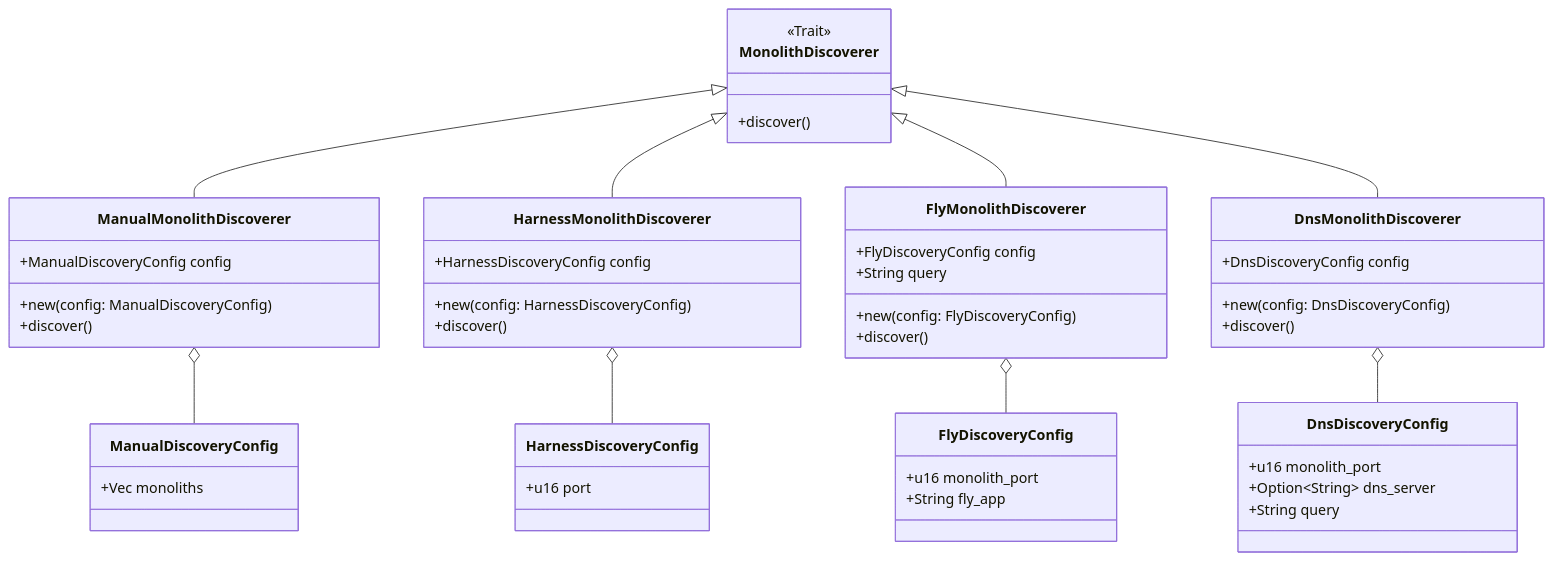
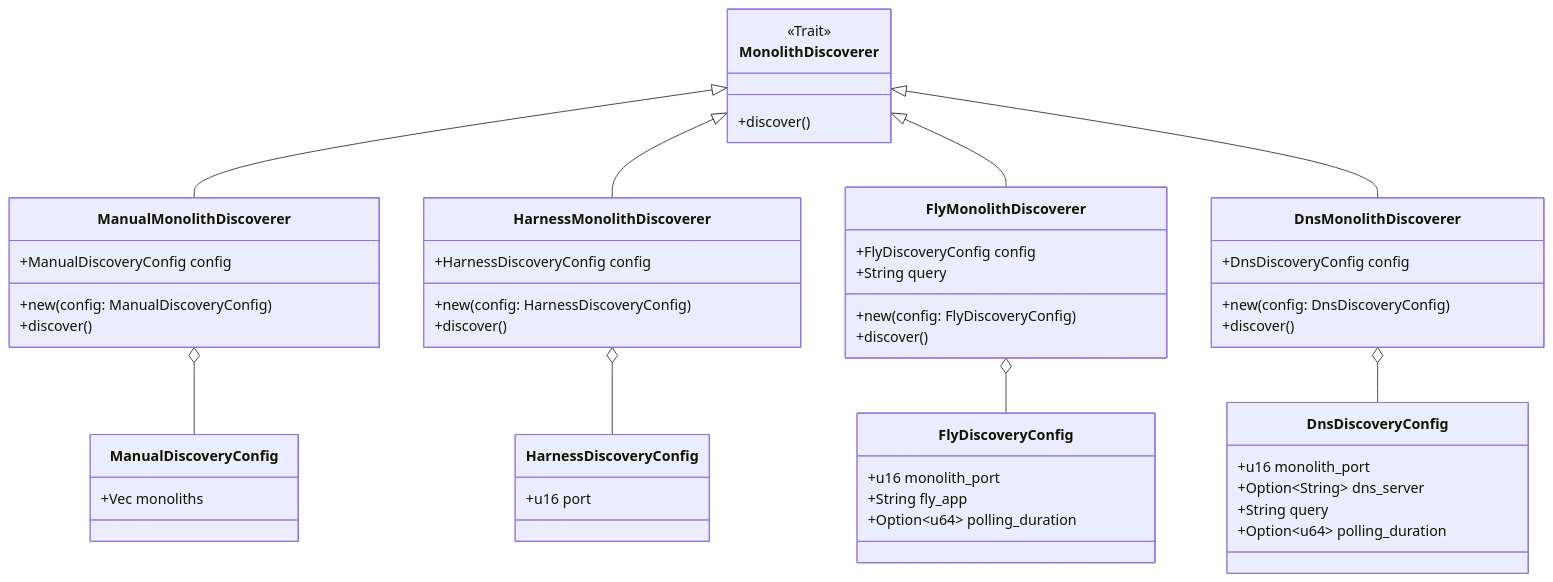
Before and after one commit to dyc3/senior-design: the diagram in figures/discovery/monolith-discoverers.mmd, drawn with Mermaid. The commit also changed 1 other file, not shown here.

Commit message:
discovery configurable polling interval diagram (#299)
closes #276﻿

```diff
--- a/figures/discovery/monolith-discoverers.mmd
+++ b/figures/discovery/monolith-discoverers.mmd
@@ -1,46 +1,48 @@
 classDiagram
     direction BT
     class MonolithDiscoverer {
         <<Trait>>
         +discover()
     }
     ManualMonolithDiscoverer --|> MonolithDiscoverer
     HarnessMonolithDiscoverer --|> MonolithDiscoverer
     FlyMonolithDiscoverer --|> MonolithDiscoverer
     DnsMonolithDiscoverer --|> MonolithDiscoverer
 
     DnsDiscoveryConfig --o DnsMonolithDiscoverer
     DnsDiscoveryConfig : +u16 monolith_port
     DnsDiscoveryConfig : +Option~String~ dns_server
     DnsDiscoveryConfig : +String query
+    DnsDiscoveryConfig : +Option~u64~ polling_duration
     class DnsMonolithDiscoverer{
         +DnsDiscoveryConfig config
         +new(config: DnsDiscoveryConfig)
         +discover()
     }
 
     FlyDiscoveryConfig --o FlyMonolithDiscoverer
     FlyDiscoveryConfig : +u16 monolith_port
     FlyDiscoveryConfig : +String fly_app
+    FlyDiscoveryConfig : +Option~u64~ polling_duration
     class FlyMonolithDiscoverer{
         +FlyDiscoveryConfig config
         +String query
         +new(config: FlyDiscoveryConfig)
         +discover()
     }
 
     ManualDiscoveryConfig --o ManualMonolithDiscoverer
     ManualDiscoveryConfig : +Vec monoliths
     class ManualMonolithDiscoverer{
         +ManualDiscoveryConfig config
         +new(config: ManualDiscoveryConfig)
         +discover()
     }
 
     HarnessDiscoveryConfig --o HarnessMonolithDiscoverer
     HarnessDiscoveryConfig : +u16 port
     class HarnessMonolithDiscoverer{
         +HarnessDiscoveryConfig config
         +new(config: HarnessDiscoveryConfig)
         +discover()
     }
```
